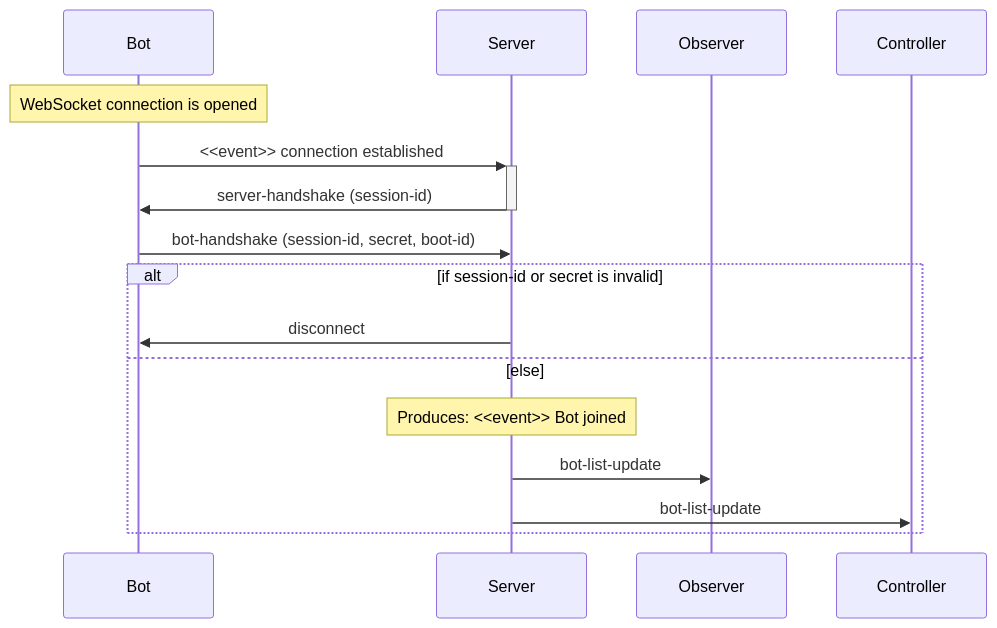
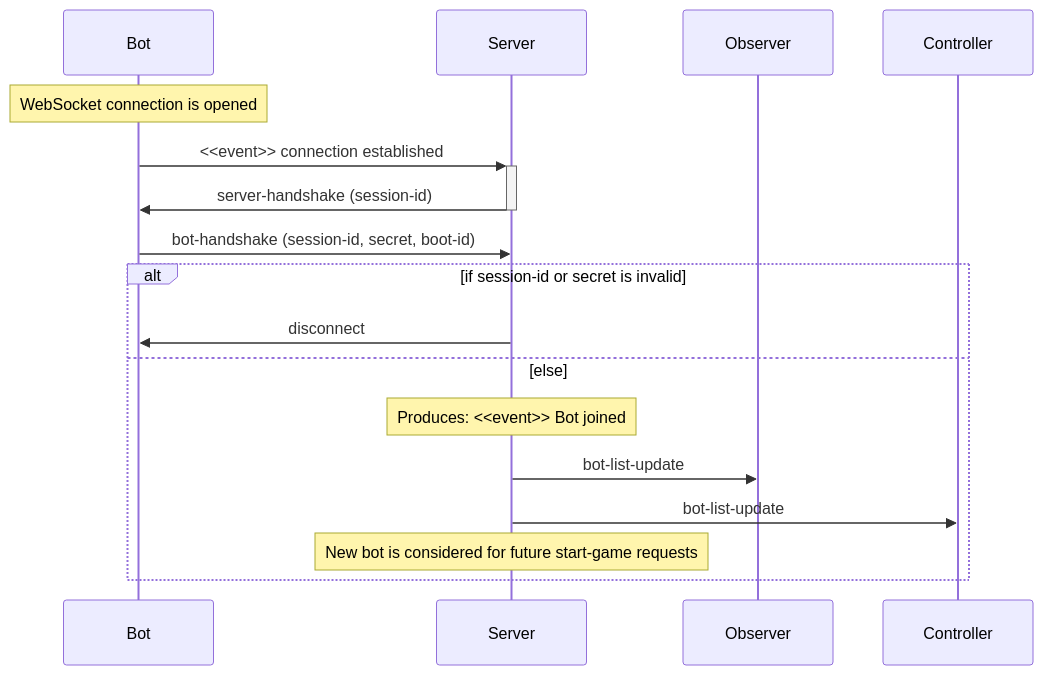
The first of 13 diagrams in schema/schemas/README.md (robocode-dev/tank-royale), drawn with Mermaid before and after one commit. The commit also changed other lines of this file and 9 other files, not shown here.

````diff
--- a/schema/schemas/README.md
+++ b/schema/schemas/README.md
@@ -22,14 +23,15 @@
 ```mermaid
 sequenceDiagram
-    Note over Bot: WebSocket connection is opened
-    Bot->>+Server: <<event>> connection established
-    Server->>-Bot: server-handshake (session-id)
-    Bot->>Server: bot-handshake (session-id, secret, boot-id)
-    alt if session-id or secret is invalid
-        Server->>Bot: disconnect
-    else else
-        Note over Server: Produces: <<event>> Bot joined
-        Server->>Observer: bot-list-update
-        Server->>Controller: bot-list-update
-    end
+Note over Bot: WebSocket connection is opened
+Bot->>+Server: <<event>> connection established
+Server->>-Bot: server-handshake (session-id)
+Bot->>Server: bot-handshake (session-id, secret, boot-id)
+alt if session-id or secret is invalid
+    Server->>Bot: disconnect
+else else
+    Note over Server: Produces: <<event>> Bot joined
+    Server->>Observer: bot-list-update
+    Server->>Controller: bot-list-update
+    Note over Server: New bot is considered for future start-game requests
+end
 ```
````
